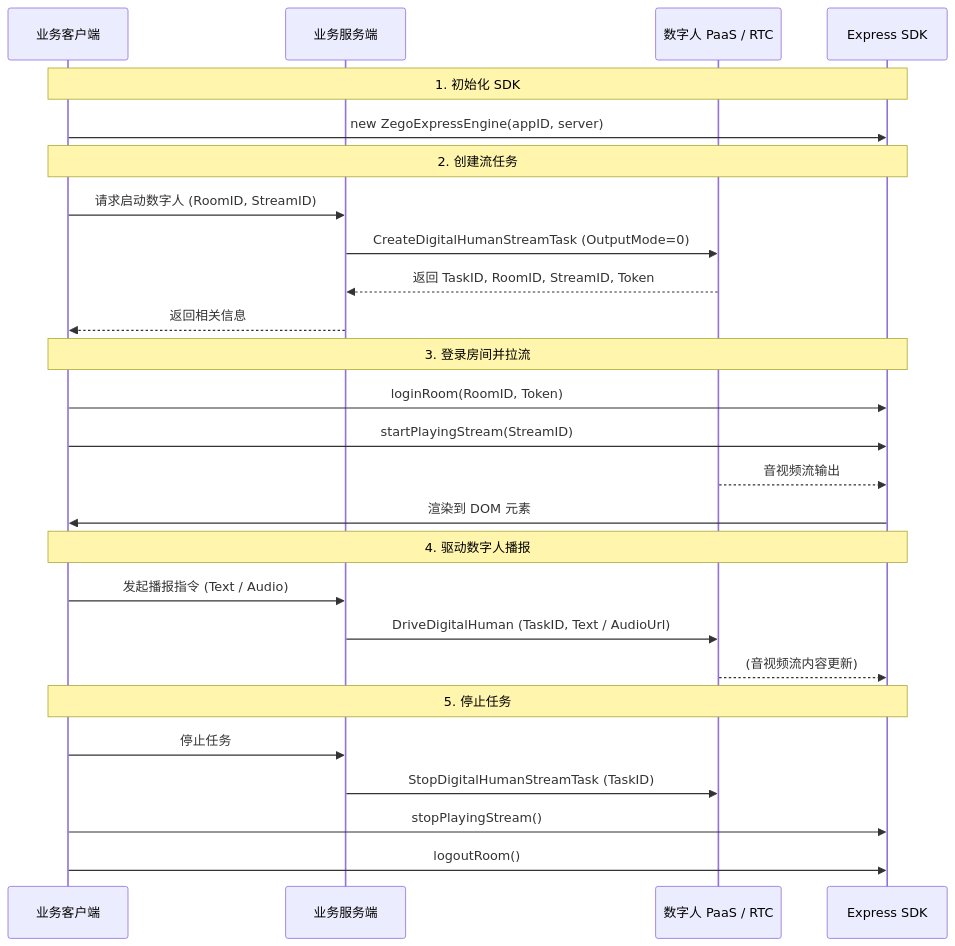
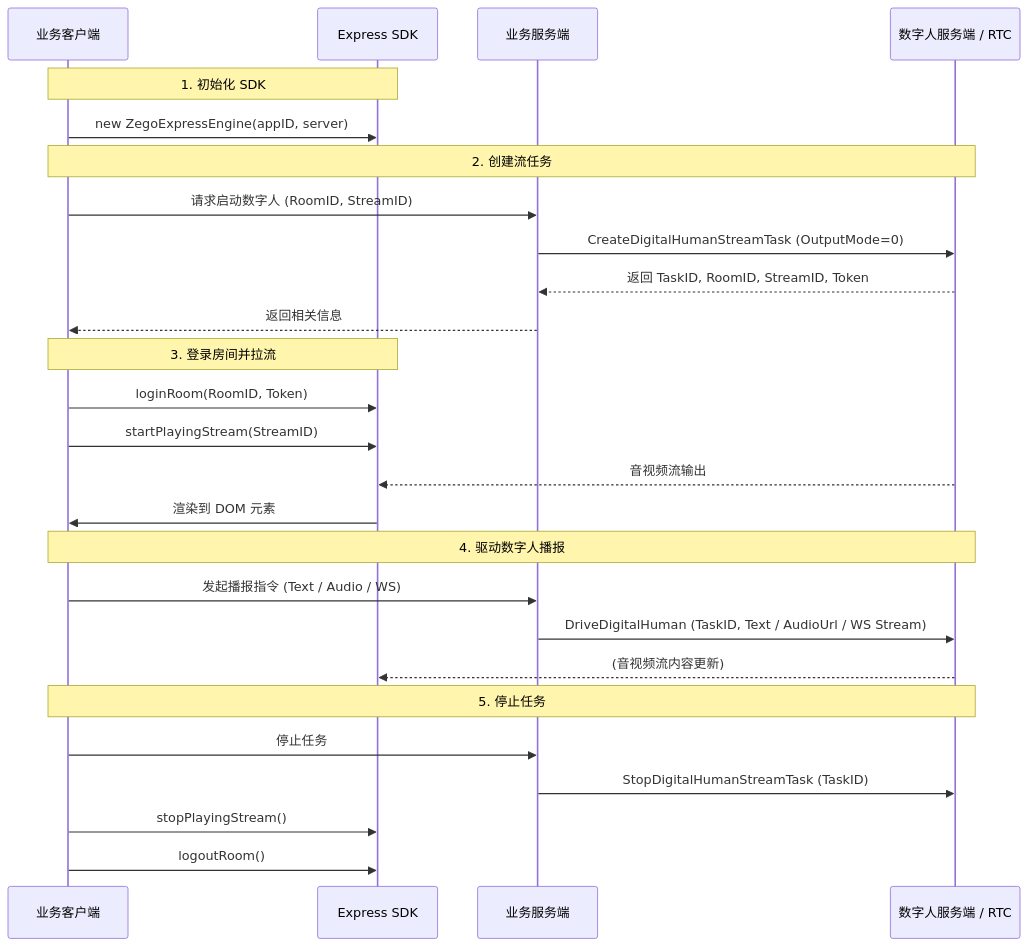
The third of 3 diagrams in core_products/digital-human/zh/android/quick-start.mdx (ZEGOCLOUD/docs_all), drawn with Mermaid before and after one commit. The commit also changed other lines of this file and 3 other files, not shown here.

Commit message:
Update digital human SDK documentation to correct API links, enhance example code clarity, and improve the structure of the integration process for server-side interactions, including WebSocket-driven audio streaming. Add warnings and notes for better user guidance.

````diff
--- a/core_products/digital-human/zh/android/quick-start.mdx
+++ b/core_products/digital-human/zh/android/quick-start.mdx
@@ -172,33 +172,33 @@
 ```mermaid
 sequenceDiagram
     participant Client as 业务客户端
+    participant Express as Express SDK
     participant Server as 业务服务端
-    participant PaaS as 数字人 PaaS / RTC
-    participant Express as Express SDK
+    participant PaaS as 数字人服务端 / RTC
 
     Note over Client, Express: 1. 初始化 SDK
     Client->>Express: new ZegoExpressEngine(appID, server)
 
-    Note over Client, Express: 2. 创建流任务
+    Note over Client, PaaS: 2. 创建流任务
     Client->>Server: 请求启动数字人 (RoomID, StreamID)
     Server->>PaaS: CreateDigitalHumanStreamTask (OutputMode=0)
     PaaS-->>Server: 返回 TaskID, RoomID, StreamID, Token
     Server-->>Client: 返回相关信息
 
     Note over Client, Express: 3. 登录房间并拉流
     Client->>Express: loginRoom(RoomID, Token)
     Client->>Express: startPlayingStream(StreamID)
     PaaS-->>Express: 音视频流输出
     Express->>Client: 渲染到 DOM 元素
 
-    Note over Client, Express: 4. 驱动数字人播报
-    Client->>Server: 发起播报指令 (Text / Audio)
-    Server->>PaaS: DriveDigitalHuman (TaskID, Text / AudioUrl)
+    Note over Client, PaaS: 4. 驱动数字人播报
+    Client->>Server: 发起播报指令 (Text / Audio / WS)
+    Server->>PaaS: DriveDigitalHuman (TaskID, Text / AudioUrl / WS Stream)
     PaaS-->>Express: (音视频流内容更新)
 
-    Note over Client, Express: 5. 停止任务
+    Note over Client, PaaS: 5. 停止任务
     Client->>Server: 停止任务
     Server->>PaaS: StopDigitalHumanStreamTask (TaskID)
     Client->>Express: stopPlayingStream()
     Client->>Express: logoutRoom()
 ```
````
